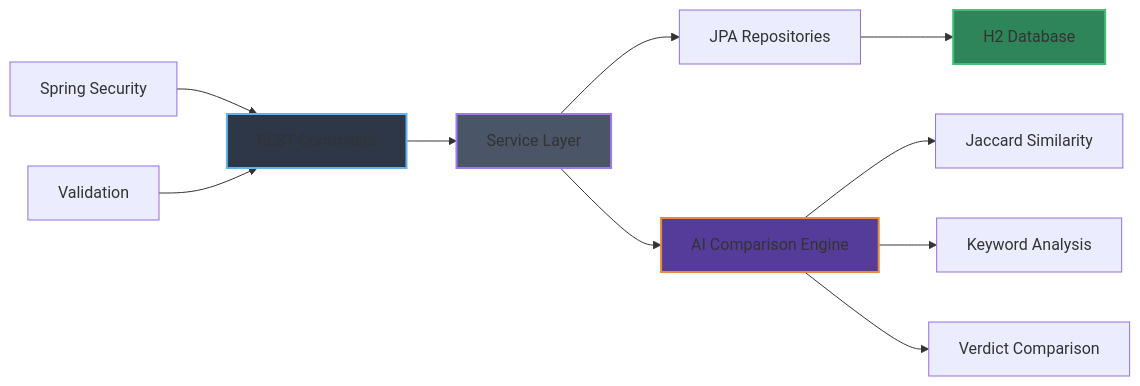
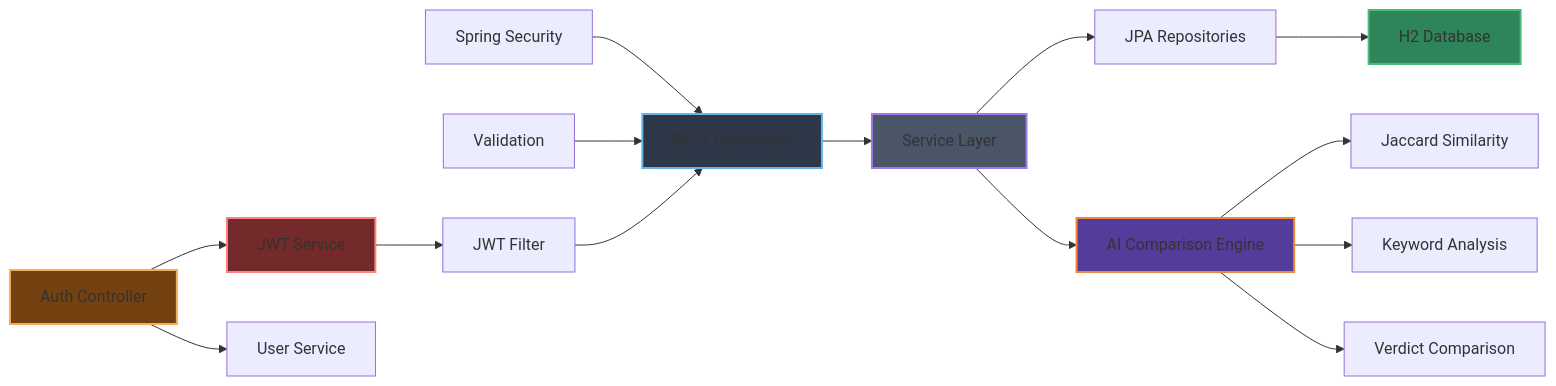
Before and after one commit to pankaj-raikar/judgement-comparator: the diagram in README.md, drawn with Mermaid. The commit also changed other lines of this file, not shown here.

Commit message:
feat: Enhance README with JWT authentication details and usage examples

````diff
--- a/README.md
+++ b/README.md
@@ -265,18 +368,25 @@
 ```mermaid
 graph LR
     A[REST Controllers] --> B[Service Layer]
     B --> C[JPA Repositories]
     C --> D[H2 Database]
     B --> E[AI Comparison Engine]
     E --> F[Jaccard Similarity]
     E --> G[Keyword Analysis]
     E --> H[Verdict Comparison]
 
     I[Spring Security] --> A
     J[Validation] --> A
 
+    K[JWT Service] --> L[JWT Filter]
+    L --> A
+    M[Auth Controller] --> K
+    M --> N[User Service]
+
     style A fill:#2d3748,stroke:#63b3ed,stroke-width:2px
     style B fill:#4a5568,stroke:#9f7aea,stroke-width:2px
     style E fill:#553c9a,stroke:#ed8936,stroke-width:2px
     style D fill:#2f855a,stroke:#48bb78,stroke-width:2px
+    style K fill:#742a2a,stroke:#fc8181,stroke-width:2px
+    style M fill:#744210,stroke:#f6ad55,stroke-width:2px
 ```
````
